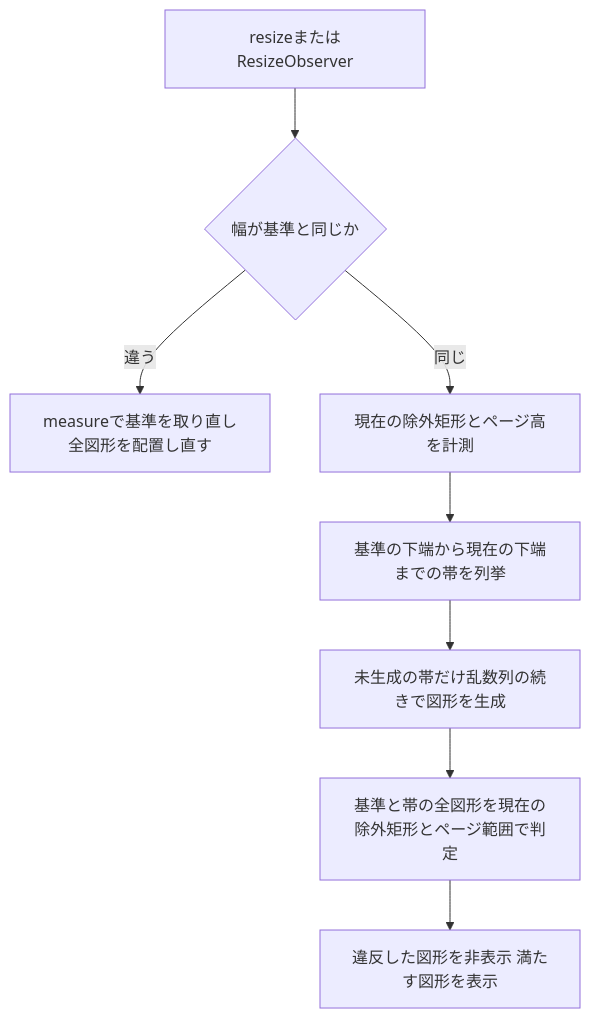
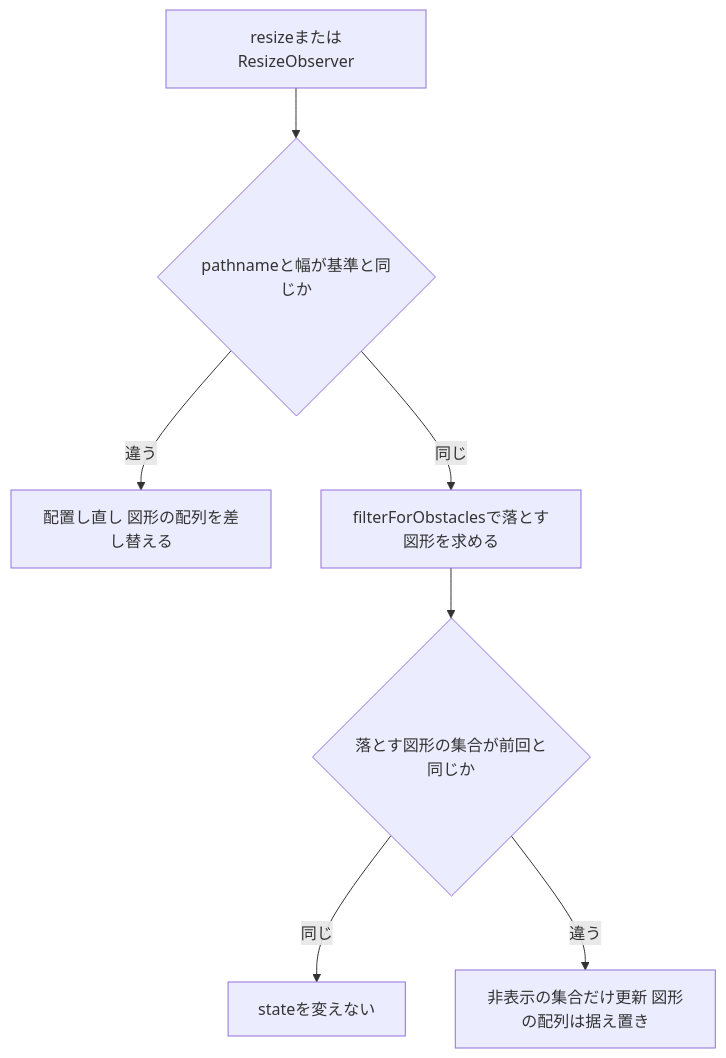
One commit to aramakisai/aramakisai-web changed the second of 2 diagrams in .kiro/specs/faq-page/design.md. Above: the diagram before and after it, drawn with Mermaid. The commit also changed other lines of this file and 2 other files, not shown here.

````diff
--- a/.kiro/specs/faq-page/design.md
+++ b/.kiro/specs/faq-page/design.md
@@ -131,10 +126,9 @@
 ```mermaid
 flowchart TD
-    Start[resizeまたはResizeObserver] --> Width{幅が基準と同じか}
-    Width -- 違う --> Full[measureで基準を取り直し全図形を配置し直す]
-    Width -- 同じ --> Measure[現在の除外矩形とページ高を計測]
-    Measure --> Bands[基準の下端から現在の下端までの帯を列挙]
-    Bands --> Place[未生成の帯だけ乱数列の続きで図形を生成]
-    Place --> Check[基準と帯の全図形を現在の除外矩形とページ範囲で判定]
-    Check --> Hide[違反した図形を非表示 満たす図形を表示]
+    Start[resizeまたはResizeObserver] --> Width{pathnameと幅が基準と同じか}
+    Width -- 違う --> Full[配置し直し 図形の配列を差し替える]
+    Width -- 同じ --> Filter[filterForObstaclesで落とす図形を求める]
+    Filter --> Same{落とす図形の集合が前回と同じか}
+    Same -- 同じ --> Keep[stateを変えない]
+    Same -- 違う --> Hide[非表示の集合だけ更新 図形の配列は据え置き]
 ```
````
